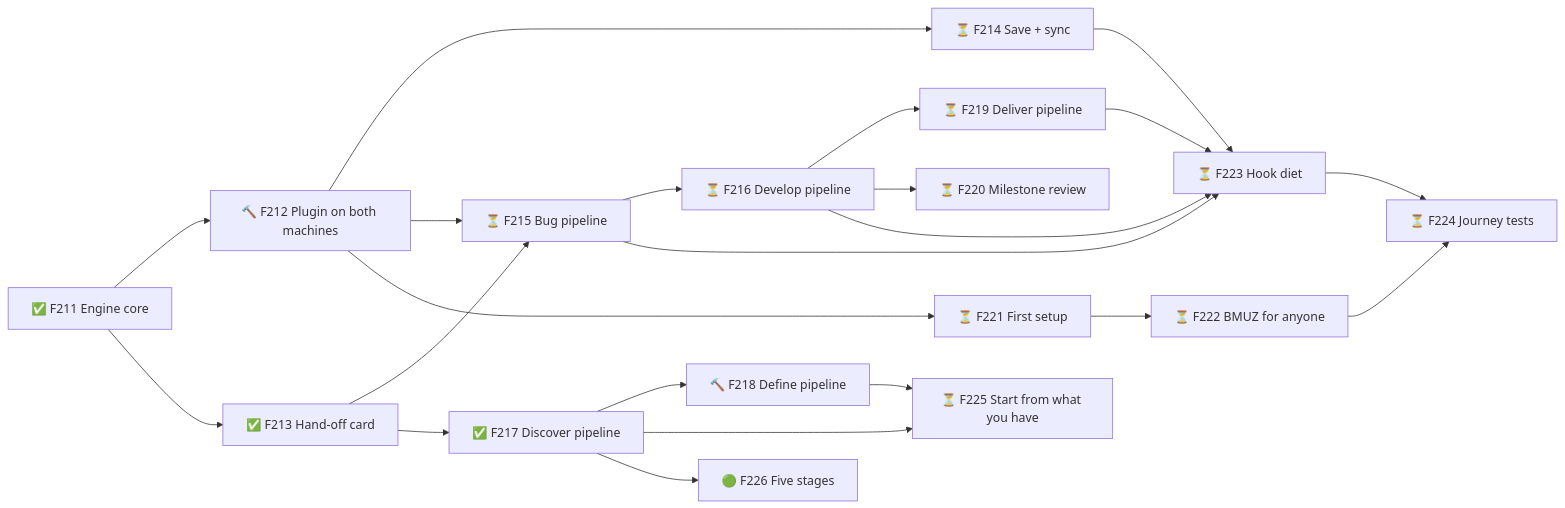
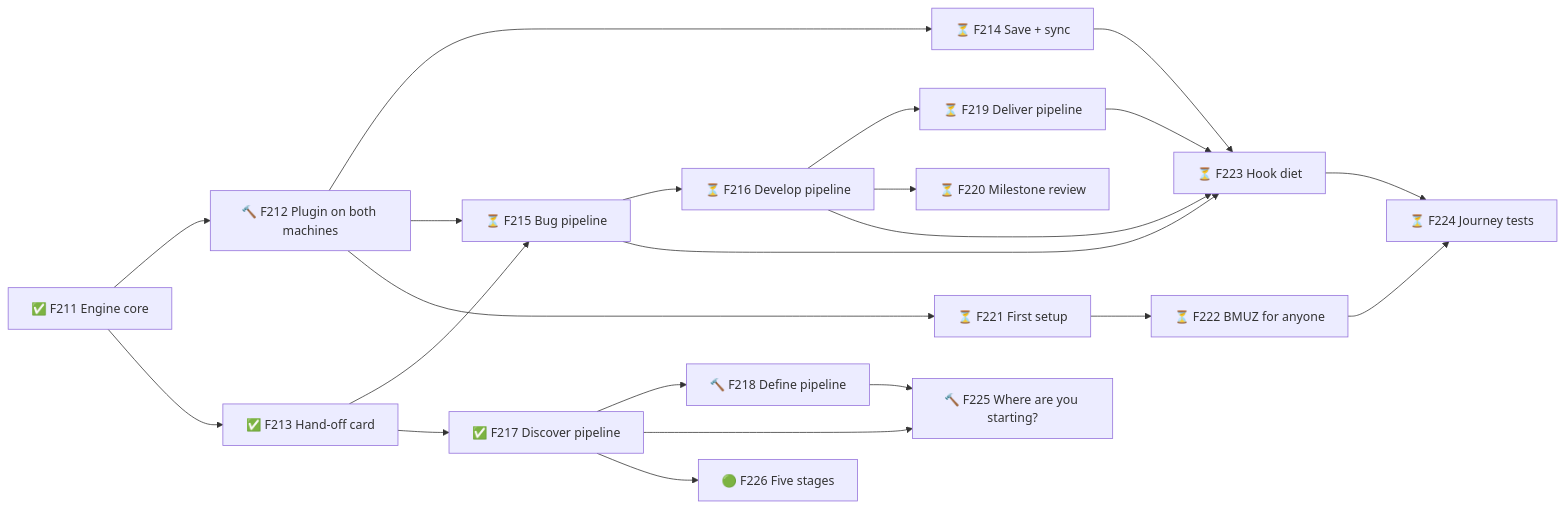
One commit to TheBlueMuzzy/framework changed diagram 41 of 41 in .planning/ROADMAP.md. Above: the diagram before and after it, drawn with Mermaid. The commit also changed other lines of this file and 2 other files, not shown here.

Commit message:
Sprint 67: pull in F225 — Where are you starting? (Muzzy's live-look notes); F218's live look paused on it

````diff
--- a/.planning/ROADMAP.md
+++ b/.planning/ROADMAP.md
@@ -662,24 +662,24 @@
 ```mermaid
 flowchart LR
   F211[✅ F211 Engine core] --> F212[🔨 F212 Plugin on both machines]
   F211 --> F213[✅ F213 Hand-off card]
   F212 --> F214[⏳ F214 Save + sync]
   F212 --> F215[⏳ F215 Bug pipeline]
   F213 --> F215
   F215 --> F216[⏳ F216 Develop pipeline]
   F213 --> F217[✅ F217 Discover pipeline]
   F217 --> F218[🔨 F218 Define pipeline]
   F216 --> F219[⏳ F219 Deliver pipeline]
   F216 --> F220[⏳ F220 Milestone review]
   F212 --> F221[⏳ F221 First setup]
   F221 --> F222[⏳ F222 BMUZ for anyone]
   F214 --> F223[⏳ F223 Hook diet]
   F215 --> F223
   F216 --> F223
   F219 --> F223
   F223 --> F224[⏳ F224 Journey tests]
   F222 --> F224
-  F217 --> F225[⏳ F225 Start from what you have]
+  F217 --> F225[🔨 F225 Where are you starting?]
   F218 --> F225
   F217 --> F226[🟢 F226 Five stages]
 ```
````
